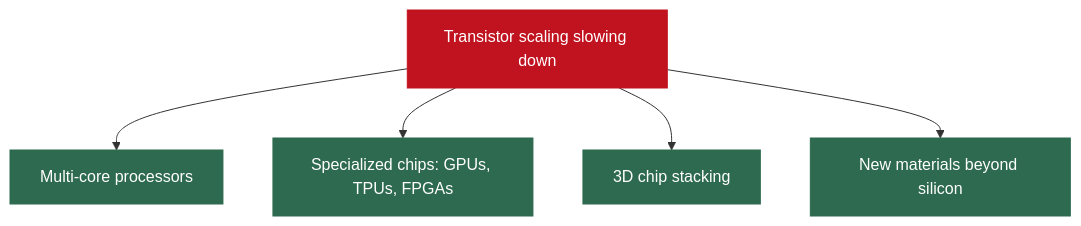
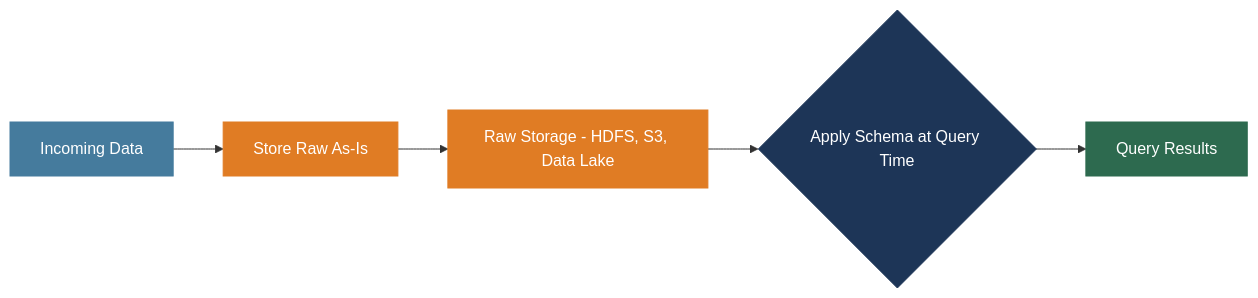
Before and after one commit to MuhammadTahaNasir/Big-Data-Analytics-Notes: the fifth of 8 diagrams in Week1/Lecture2_Hardware_Moores_Amdahls.md, drawn with Mermaid. The commit also changed other lines of this file, not shown here.

````diff
--- a/Week1/Lecture2_Hardware_Moores_Amdahls.md
+++ b/Week1/Lecture2_Hardware_Moores_Amdahls.md
@@ -208,13 +237,13 @@
 ```mermaid
-flowchart TD
-    SLOW[Transistor scaling slowing down] --> R1[Multi-core processors]
-    SLOW --> R2[Specialized chips: GPUs, TPUs, FPGAs]
-    SLOW --> R3[3D chip stacking]
-    SLOW --> R4[New materials beyond silicon]
+flowchart LR
+    A[Incoming Data] --> B[Store Raw As-Is]
+    B --> C[Raw Storage - HDFS, S3, Data Lake]
+    C --> D{Apply Schema at Query Time}
+    D --> E[Query Results]
 
-    style SLOW fill:#c1121f,color:#fff,stroke:#c1121f
-    style R1 fill:#2d6a4f,color:#fff,stroke:#2d6a4f
-    style R2 fill:#2d6a4f,color:#fff,stroke:#2d6a4f
-    style R3 fill:#2d6a4f,color:#fff,stroke:#2d6a4f
-    style R4 fill:#2d6a4f,color:#fff,stroke:#2d6a4f
+    style A fill:#457b9d,color:#fff,stroke:#457b9d
+    style B fill:#e07c24,color:#fff,stroke:#e07c24
+    style C fill:#e07c24,color:#fff,stroke:#e07c24
+    style D fill:#1d3557,color:#fff,stroke:#1d3557
+    style E fill:#2d6a4f,color:#fff,stroke:#2d6a4f
 ```
````
